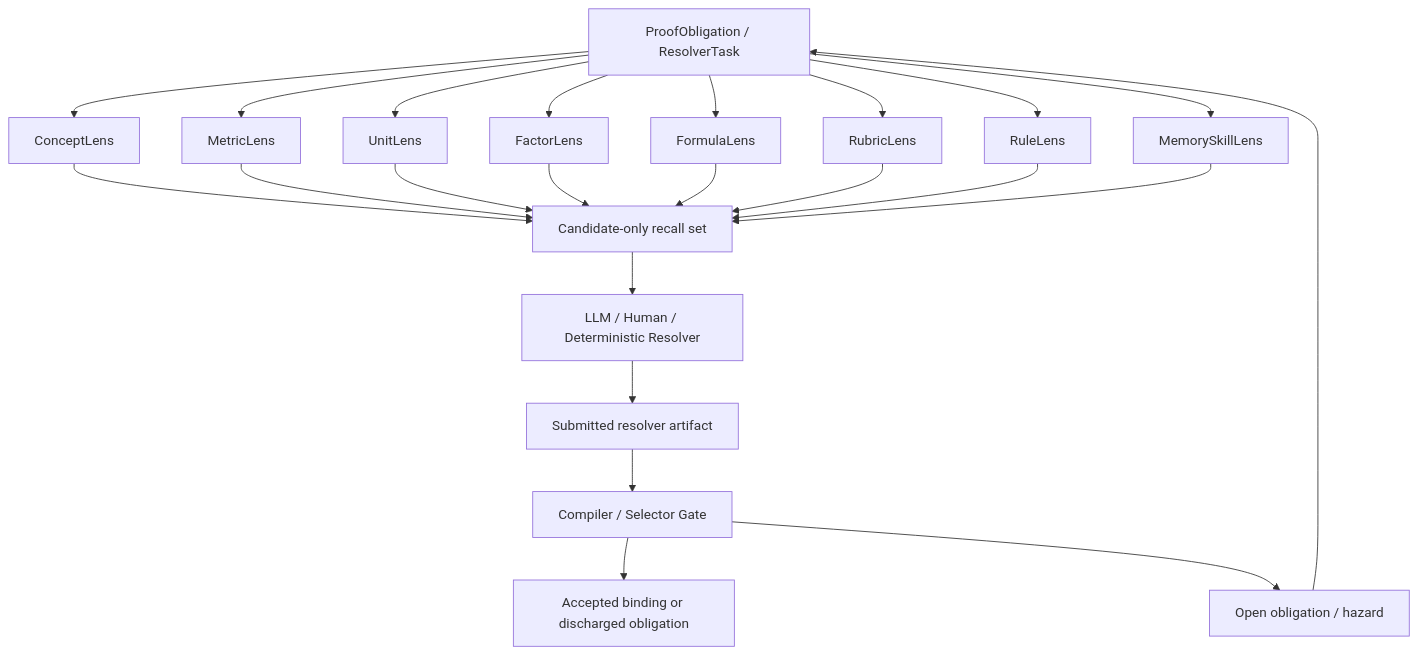
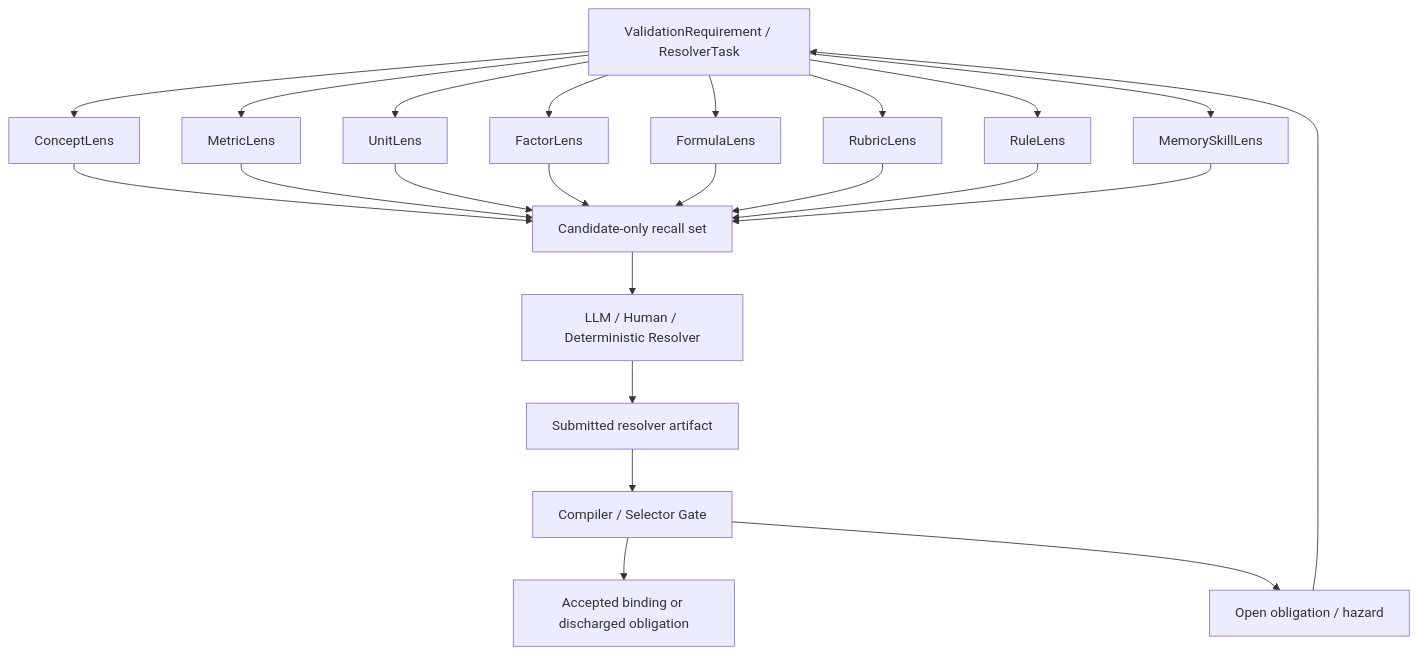
The third of 3 diagrams in docs/architecture/retrieval-fabric-north-star.md (minntcho/comp), drawn with Mermaid before and after one commit. The commit also changed other lines of this file and 139 other files, not shown here.

````diff
--- a/docs/architecture/retrieval-fabric-north-star.md
+++ b/docs/architecture/retrieval-fabric-north-star.md
@@ -147,45 +147,45 @@
 ```mermaid
 flowchart TD
-    task["ProofObligation / ResolverTask"]
+    task["ValidationRequirement / ResolverTask"]
 
     concept["ConceptLens"]
     metric["MetricLens"]
     unit["UnitLens"]
     factor["FactorLens"]
     formula["FormulaLens"]
     rubric["RubricLens"]
     rule["RuleLens"]
     memory["MemorySkillLens"]
 
     candidates["Candidate-only recall set"]
     resolver["LLM / Human / Deterministic Resolver"]
     artifact["Submitted resolver artifact"]
     gate["Compiler / Selector Gate"]
     accepted["Accepted binding or discharged obligation"]
     open["Open obligation / hazard"]
 
     task --> concept
     task --> metric
     task --> unit
     task --> factor
     task --> formula
     task --> rubric
     task --> rule
     task --> memory
 
     concept --> candidates
     metric --> candidates
     unit --> candidates
     factor --> candidates
     formula --> candidates
     rubric --> candidates
     rule --> candidates
     memory --> candidates
 
     candidates --> resolver
     resolver --> artifact
     artifact --> gate
     gate --> accepted
     gate --> open
     open --> task
 ```
````
